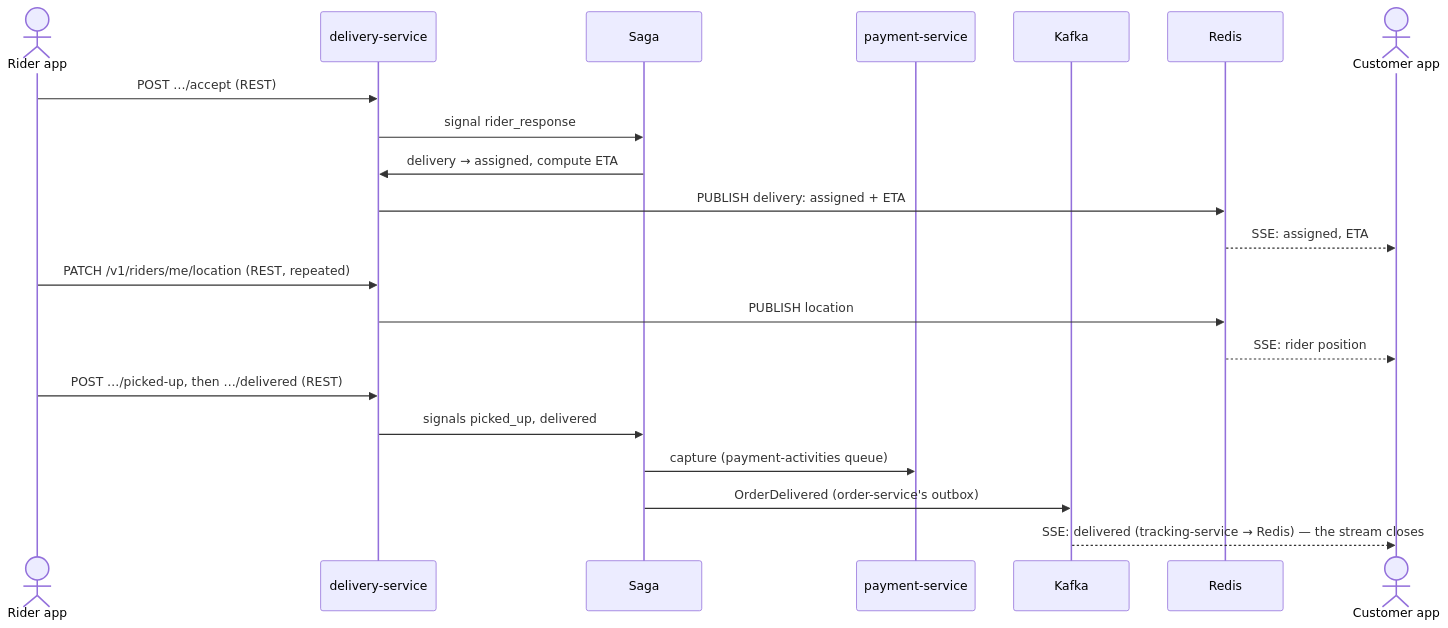
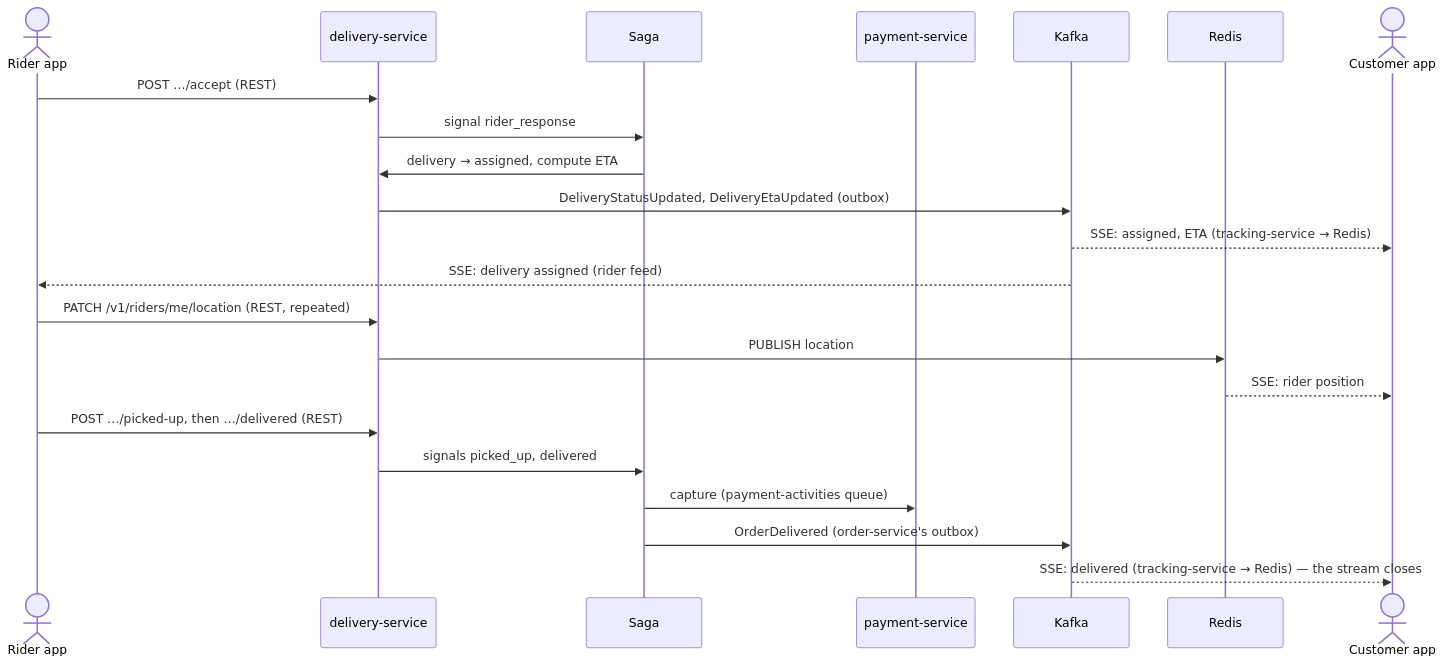
One commit to umer-emumba/smartfoodops-ms changed the ninth of 27 diagrams in docs/diagrams.md. Above: the diagram before and after it, drawn with Mermaid. The commit also changed other lines of this file and 19 other files, not shown here.

````diff
--- a/docs/diagrams.md
+++ b/docs/diagrams.md
@@ -254,24 +258,25 @@
 ```mermaid
 sequenceDiagram
     actor D as Rider app
     participant DS as delivery-service
     participant S as Saga
     participant PS as payment-service
     participant K as Kafka
     participant RD as Redis
     actor C as Customer app
 
     D->>DS: POST …/accept (REST)
     DS->>S: signal rider_response
     S->>DS: delivery → assigned, compute ETA
-    DS->>RD: PUBLISH delivery: assigned + ETA
-    RD-->>C: SSE: assigned, ETA
+    DS->>K: DeliveryStatusUpdated, DeliveryEtaUpdated (outbox)
+    K-->>C: SSE: assigned, ETA (tracking-service → Redis)
+    K-->>D: SSE: delivery assigned (rider feed)
     D->>DS: PATCH /v1/riders/me/location (REST, repeated)
     DS->>RD: PUBLISH location
     RD-->>C: SSE: rider position
     D->>DS: POST …/picked-up, then …/delivered (REST)
     DS->>S: signals picked_up, delivered
     S->>PS: capture (payment-activities queue)
     S->>K: OrderDelivered (order-service's outbox)
     K-->>C: SSE: delivered (tracking-service → Redis) — the stream closes
 ```
````
